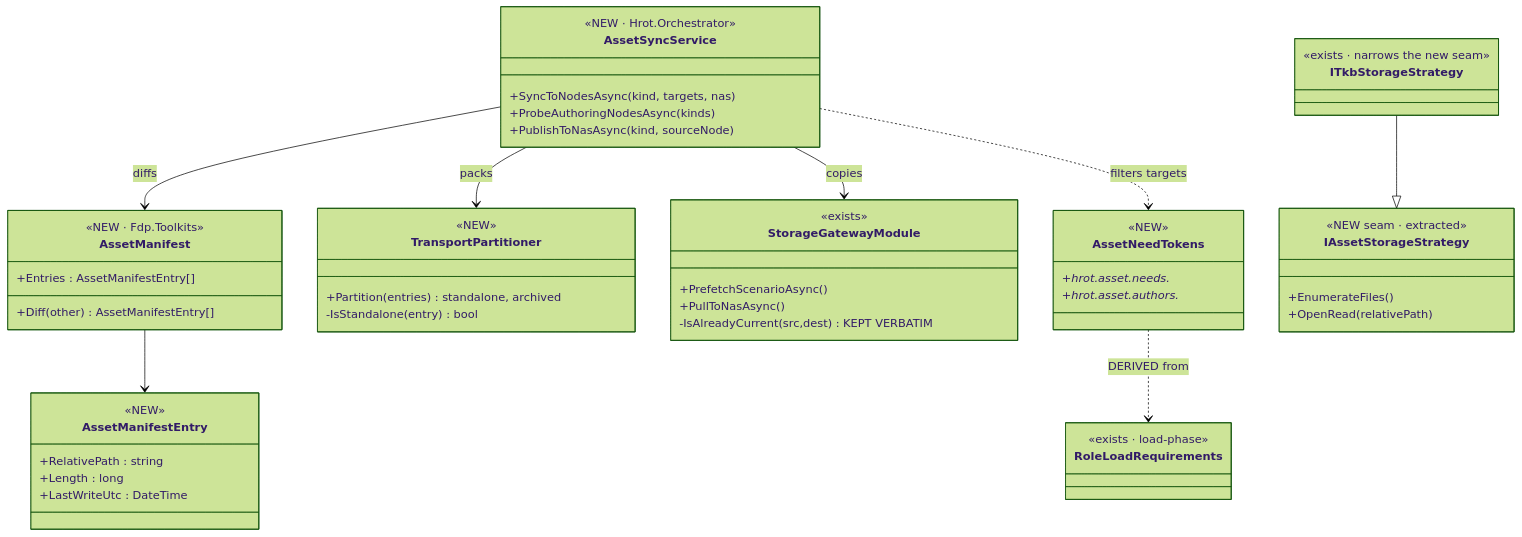
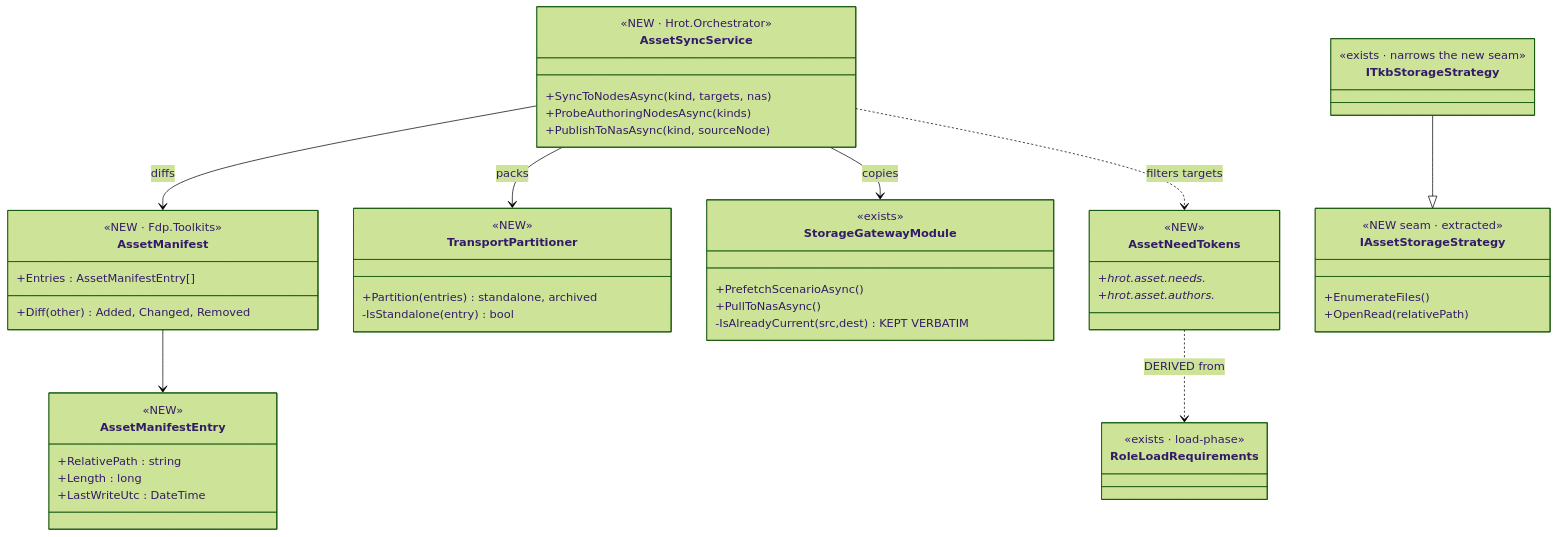
Before and after one commit to pjanec/HROT: the first of 4 diagrams in docs/DESIGN_Asset_Management.md, drawn with Mermaid (forest theme). The commit also changed other lines of this file and 1 other file, not shown here.

````diff
--- a/docs/DESIGN_Asset_Management.md
+++ b/docs/DESIGN_Asset_Management.md
@@ -75,54 +95,54 @@
 ```mermaid
 classDiagram
     class AssetSyncService {
         <<NEW · Hrot.Orchestrator>>
         +SyncToNodesAsync(kind, targets, nas)
         +ProbeAuthoringNodesAsync(kinds)
         +PublishToNasAsync(kind, sourceNode)
     }
     class AssetManifest {
         <<NEW · Fdp.Toolkits>>
         +Entries : AssetManifestEntry[]
-        +Diff(other) AssetManifestEntry[]
+        +Diff(other) Added, Changed, Removed
     }
     class AssetManifestEntry {
         <<NEW>>
         +RelativePath : string
         +Length : long
         +LastWriteUtc : DateTime
     }
     class TransportPartitioner {
         <<NEW>>
         +Partition(entries) standalone, archived
         -IsStandalone(entry) bool
     }
     class StorageGatewayModule {
         <<exists>>
         +PrefetchScenarioAsync()
         +PullToNasAsync()
         -IsAlreadyCurrent(src,dest) KEPT VERBATIM
     }
     class IAssetStorageStrategy {
         <<NEW seam · extracted>>
         +EnumerateFiles()
         +OpenRead(relativePath)
     }
     class ITkbStorageStrategy {
         <<exists · narrows the new seam>>
     }
     class RoleLoadRequirements {
         <<exists · load-phase>>
     }
     class AssetNeedTokens {
         <<NEW>>
         +hrot.asset.needs.*
         +hrot.asset.authors.*
     }
     AssetSyncService --> AssetManifest : diffs
     AssetSyncService --> TransportPartitioner : packs
     AssetSyncService --> StorageGatewayModule : copies
     AssetManifest --> AssetManifestEntry
     ITkbStorageStrategy --|> IAssetStorageStrategy
     AssetNeedTokens ..> RoleLoadRequirements : DERIVED from
     AssetSyncService ..> AssetNeedTokens : filters targets
 ```
````
